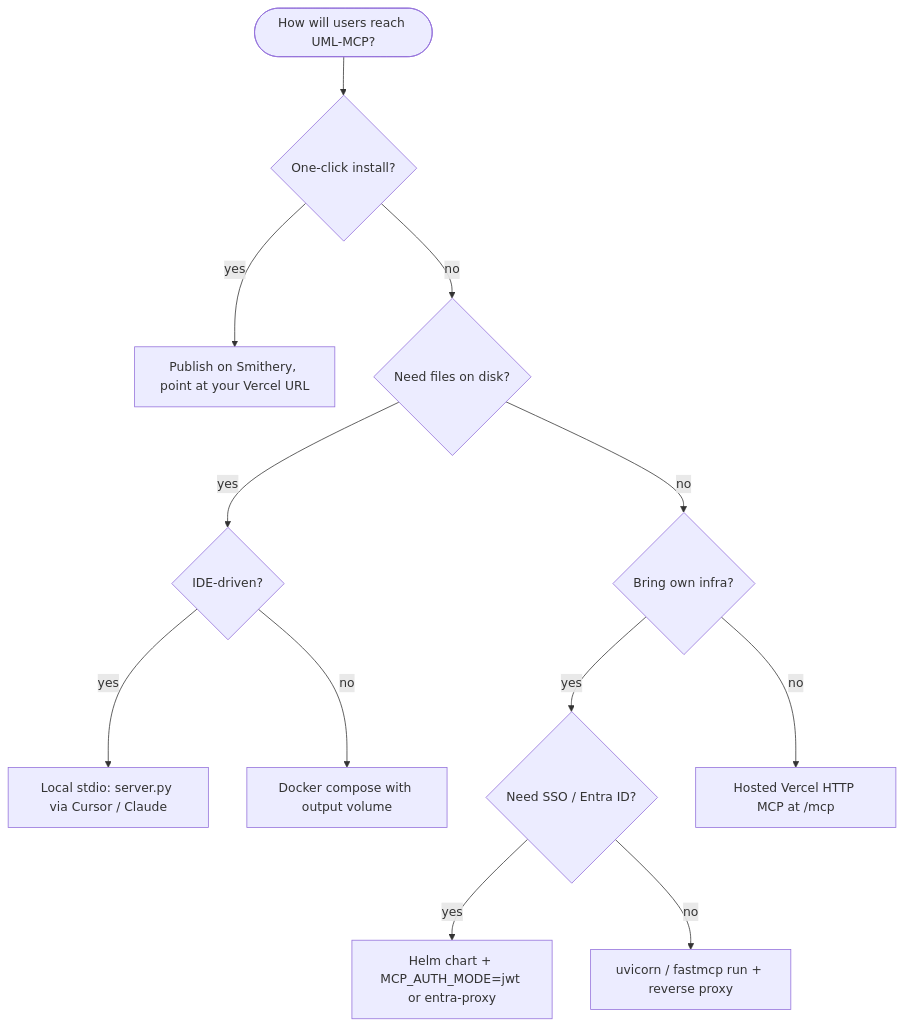
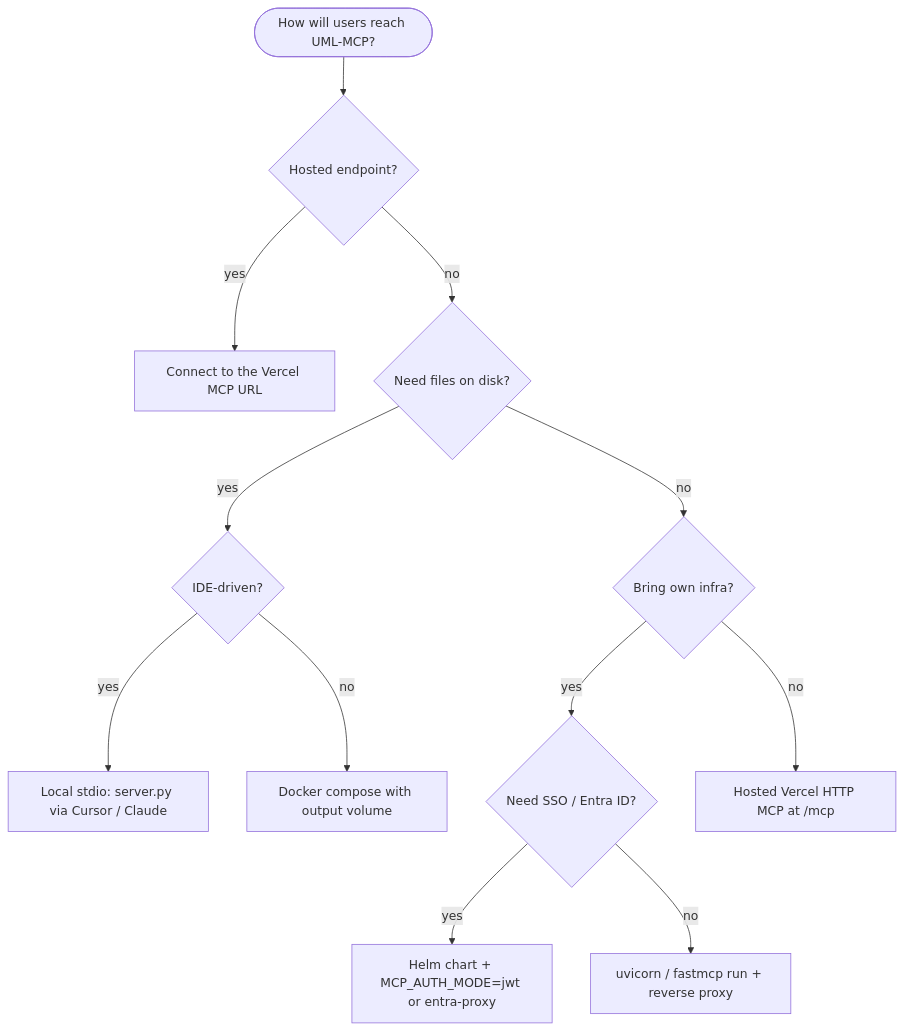
One commit to antoinebou12/uml-mcp changed the diagram in docs/deploy/index.md. Above: the diagram before and after it, drawn with Mermaid. The commit also changed other lines of this file and 54 other files, not shown here.

First line of the commit message:
chore(A0): checkpoint main-branch work onto feat/astra-luna-diagram-platform

````diff
--- a/docs/deploy/index.md
+++ b/docs/deploy/index.md
@@ -56,14 +56,14 @@
 ```mermaid
 flowchart TD
-    Start([How will users reach UML-MCP?]) --> Q1{One-click install?}
-    Q1 -- yes --> Smithery[Publish on Smithery, point at your Vercel URL]
+    Start([How will users reach UML-MCP?]) --> Q1{Hosted endpoint?}
+    Q1 -- yes --> Hosted[Connect to the Vercel MCP URL]
     Q1 -- no  --> Q2{Need files on disk?}
     Q2 -- yes --> Q3{IDE-driven?}
     Q3 -- yes --> Stdio[Local stdio: server.py via Cursor / Claude]
     Q3 -- no  --> Docker[Docker compose with output volume]
     Q2 -- no  --> Q4{Bring own infra?}
     Q4 -- yes --> Q5{Need SSO / Entra ID?}
     Q5 -- yes --> Helm[Helm chart + MCP_AUTH_MODE=jwt or entra-proxy]
     Q5 -- no  --> Custom[uvicorn / fastmcp run + reverse proxy]
     Q4 -- no  --> Vercel[Hosted Vercel HTTP MCP at /mcp]
 ```
````
